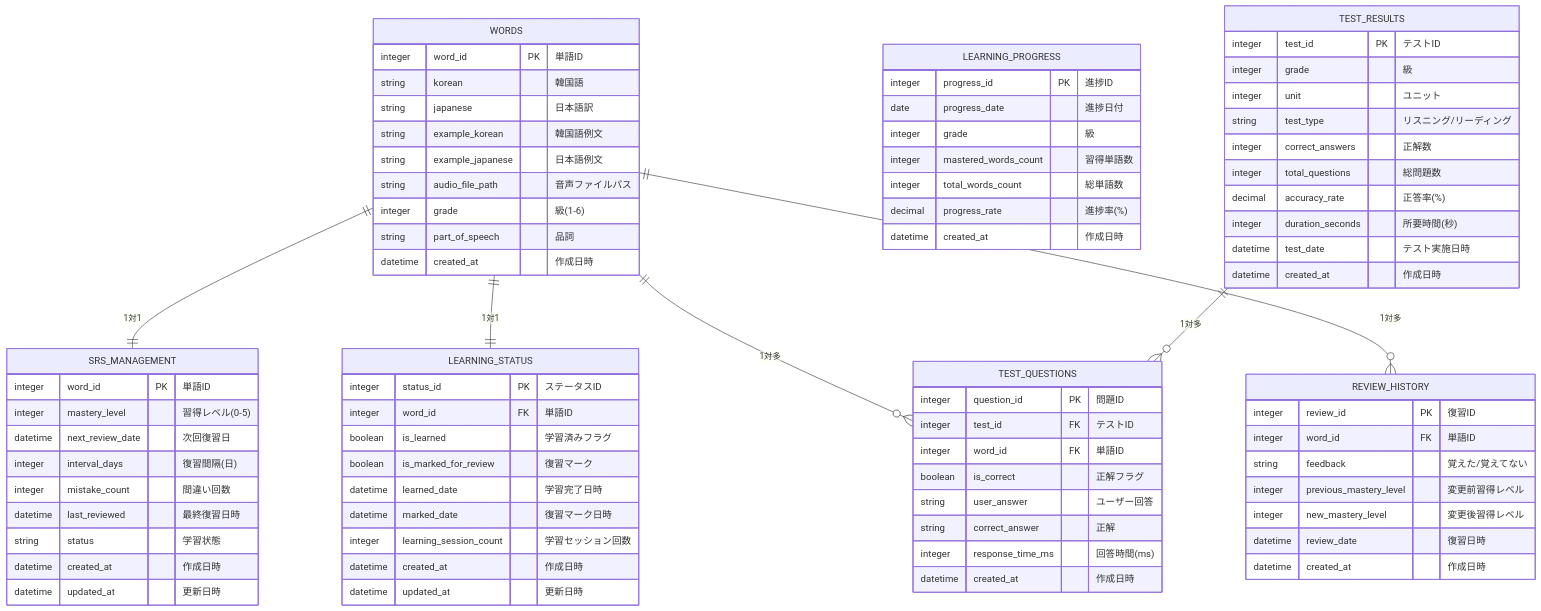
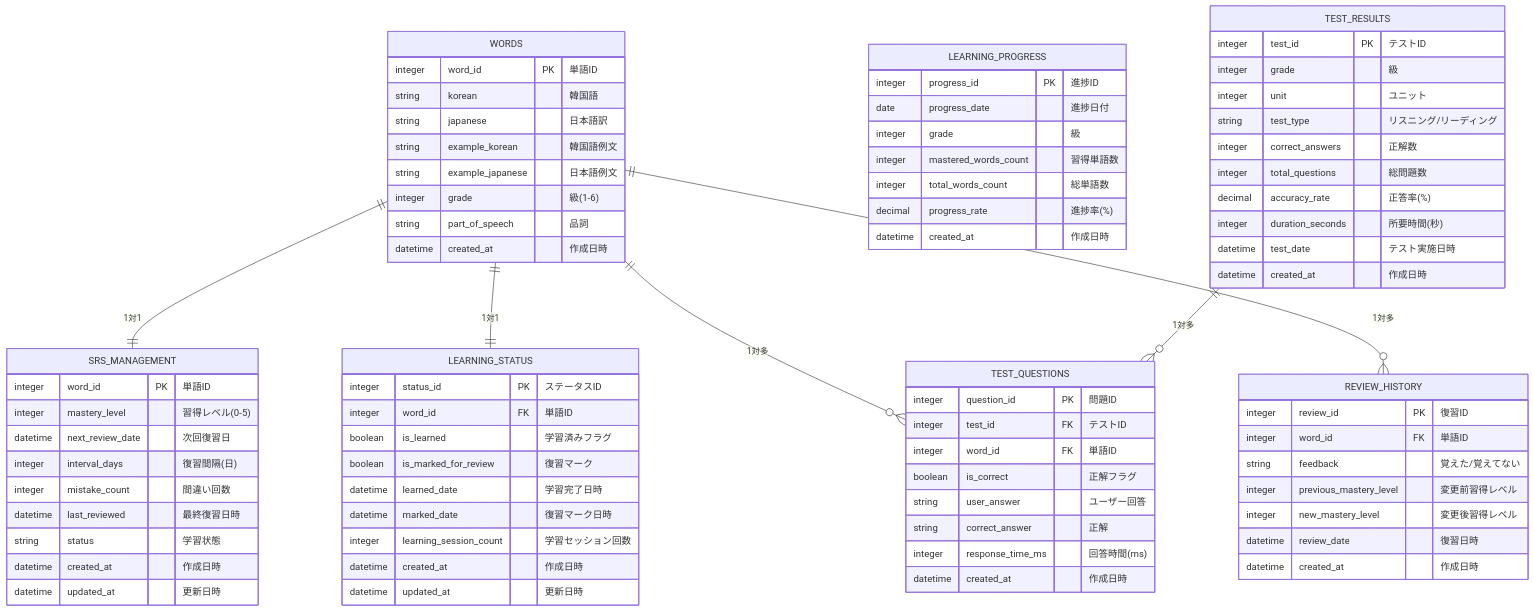
Before and after one commit to yuichkun/topik-dojo: the diagram in docs/database-design.md, drawn with Mermaid. The commit also changed other lines of this file, not shown here.

Commit message:
drop audio_file_path from DB

```diff
--- a/docs/database-design.md
+++ b/docs/database-design.md
@@ -61,7 +61,6 @@
         string japanese "日本語訳"
         string example_korean "韓国語例文"
         string example_japanese "日本語例文"
-        string audio_file_path "音声ファイルパス"
         integer grade "級(1-6)"
         string part_of_speech "品詞"
         datetime created_at "作成日時"
```
